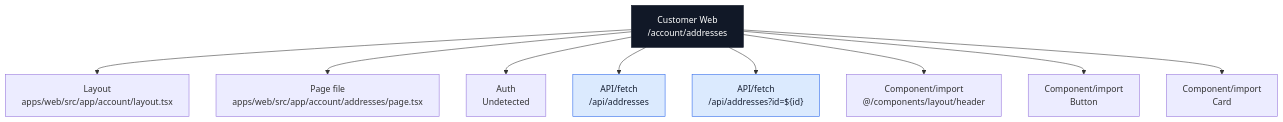
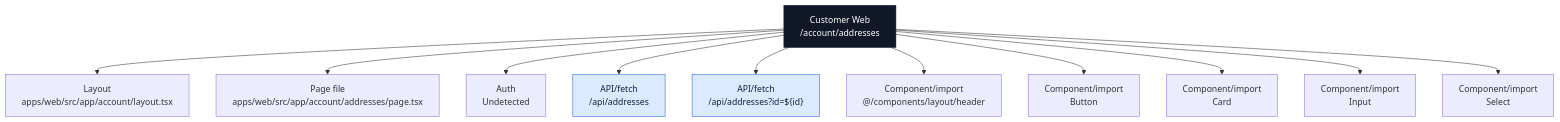
The second of 23 diagrams in docs/architecture/codebase-map/pages/web-pages.md (Ritenoob/ridendine-marketplace), drawn with Mermaid before and after one commit. The commit also changed other lines of this file and 50 other files, not shown here.

````diff
--- a/docs/architecture/codebase-map/pages/web-pages.md
+++ b/docs/architecture/codebase-map/pages/web-pages.md
@@ -84,26 +85,30 @@
 ```mermaid
 flowchart TB
   Page["Customer Web<br/>/account/addresses"]
   Layout["Layout<br/>apps/web/src/app/account/layout.tsx"]
   File["Page file<br/>apps/web/src/app/account/addresses/page.tsx"]
   Auth["Auth<br/>Undetected"]
   Page --> Layout
   Page --> File
   Page --> Auth
   Api0["API/fetch<br/>/api/addresses"]
   Page --> Api0
   Api1["API/fetch<br/>/api/addresses?id=${id}"]
   Page --> Api1
   Component0["Component/import<br/>@/components/layout/header"]
   Page --> Component0
   Component1["Component/import<br/>Button"]
   Page --> Component1
   Component2["Component/import<br/>Card"]
   Page --> Component2
+  Component3["Component/import<br/>Input"]
+  Page --> Component3
+  Component4["Component/import<br/>Select"]
+  Page --> Component4
   classDef page fill:#111827,stroke:#111827,color:#ffffff
   classDef data fill:#dcfce7,stroke:#16a34a,color:#172033
   classDef api fill:#dbeafe,stroke:#2563eb,color:#172033
   classDef warn fill:#fef3c7,stroke:#f59e0b,color:#172033
   class Page page
   class Api0,Api1 api
 ```
````
